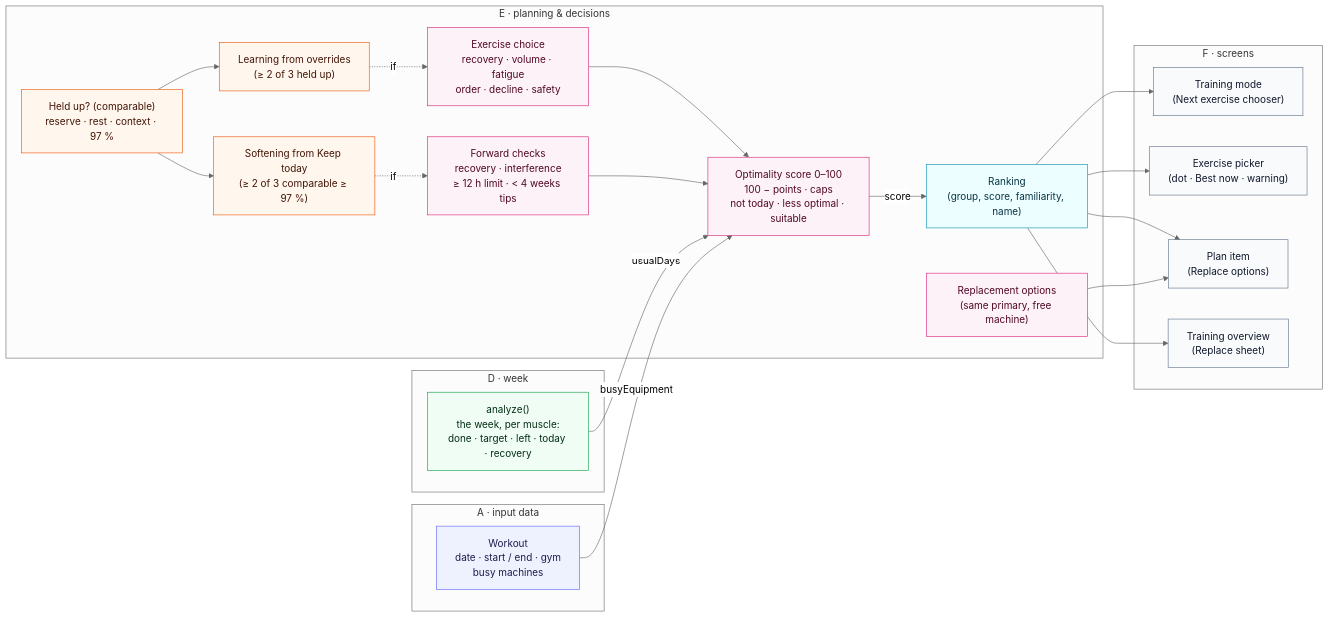
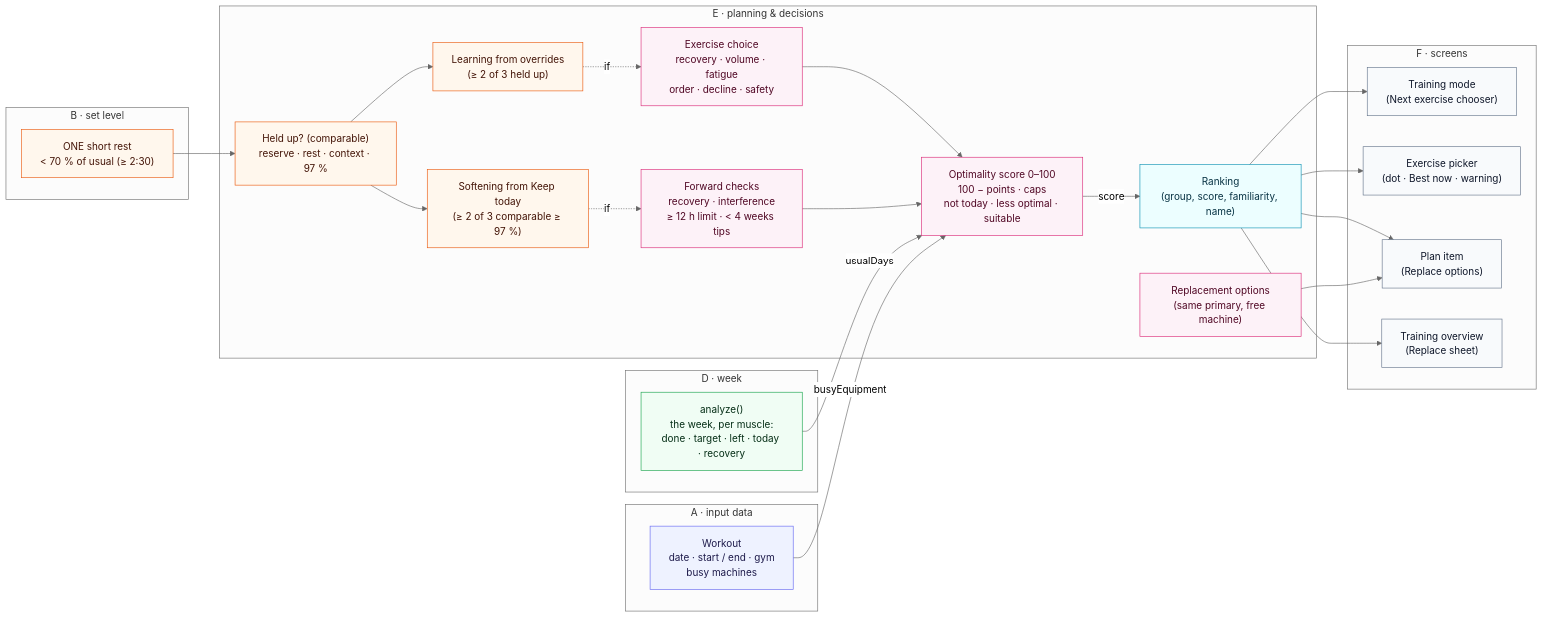
Before and after one commit to seniashinmaksim/gym-rat: the eighth of 8 diagrams in docs/FORMULA_DEPENDENCY_MAP.md, drawn with Mermaid (neutral theme). The commit also changed other lines of this file and 34 other files, not shown here.

````diff
--- a/docs/FORMULA_DEPENDENCY_MAP.md
+++ b/docs/FORMULA_DEPENDENCY_MAP.md
@@ -546,45 +580,49 @@
 ```mermaid
 flowchart LR
   subgraph A["A · input data"]
     in_workout["Workout<br/>date · start / end · gym<br/>busy machines"]:::input
+  end
+  subgraph B["B · set level"]
+    shortrest["ONE short rest<br/>< 70 % of usual (≥ 2:30)"]:::rule
   end
   subgraph D["D · week"]
     analyze["analyze()<br/>the week, per muscle:<br/>done · target · left · today · recovery"]:::aggregation
   end
   subgraph E["E · planning & decisions"]
     choice["Exercise choice<br/>recovery · volume · fatigue<br/>order · decline · safety"]:::decision
     optimality["Optimality score 0–100<br/>100 − points · caps<br/>not today · less optimal · suitable"]:::decision
     forward["Forward checks<br/>recovery · interference<br/>≥ 12 h limit · < 4 weeks tips"]:::decision
     choicelearn["Learning from overrides<br/>(≥ 2 of 3 held up)"]:::rule
     heldup["Held up? (comparable)<br/>reserve · rest · context · 97 %"]:::rule
     kept["Softening from Keep today<br/>(≥ 2 of 3 comparable ≥ 97 %)"]:::rule
     rank["Ranking<br/>(group, score, familiarity, name)"]:::formula
     replace["Replacement options<br/>(same primary, free machine)"]:::decision
   end
   subgraph F["F · screens"]
     ui_train["Training mode<br/>(Next exercise chooser)"]:::ui
     ui_picker["Exercise picker<br/>(dot · Best now · warning)"]:::ui
     ui_itemrow["Plan item<br/>(Replace options)"]:::ui
     ui_overview["Training overview<br/>(Replace sheet)"]:::ui
   end
   choice --> optimality
   forward --> optimality
   analyze -->|usualDays| optimality
   in_workout -->|busyEquipment| optimality
   choicelearn -.->|if| choice
   heldup --> choicelearn
   heldup --> kept
+  shortrest --> heldup
   kept -.->|if| forward
   optimality -->|score| rank
   rank --> ui_train
   rank --> ui_picker
   rank --> ui_itemrow
   rank --> ui_overview
   replace --> ui_itemrow
   classDef input fill:#eef2ff,stroke:#6366f1,color:#1e1b4b
   classDef formula fill:#ecfeff,stroke:#0891b2,color:#083344
   classDef rule fill:#fff7ed,stroke:#ea580c,color:#431407
   classDef aggregation fill:#f0fdf4,stroke:#16a34a,color:#052e16
   classDef decision fill:#fdf2f8,stroke:#db2777,color:#500724
   classDef ui fill:#f8fafc,stroke:#64748b,color:#0f172a
 ```
````
